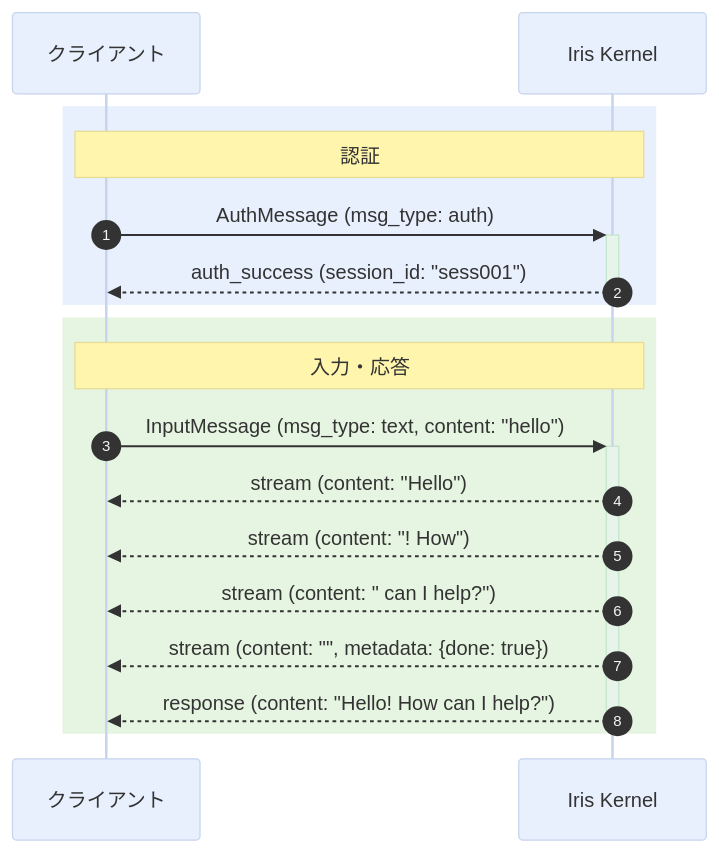
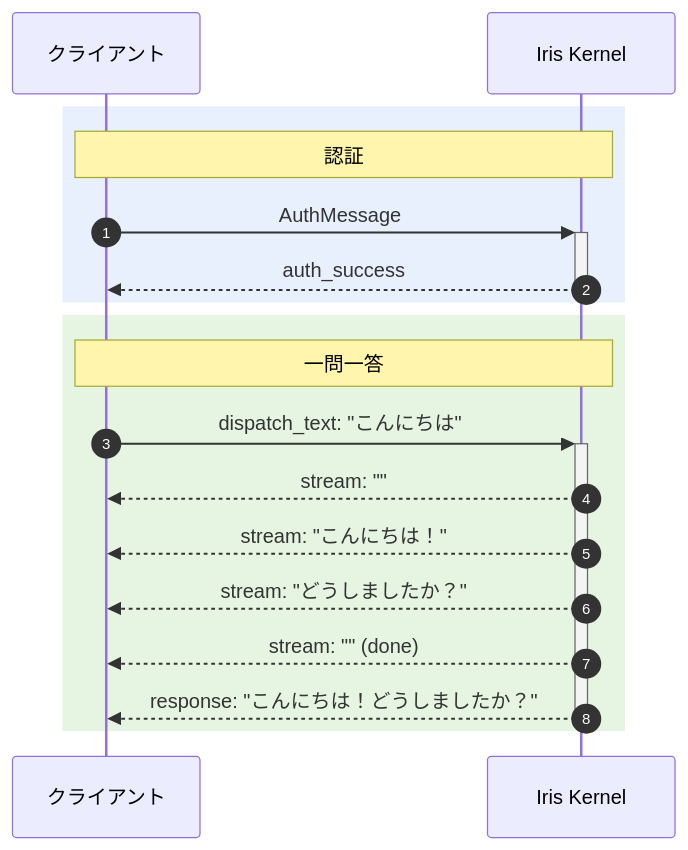
Before and after one commit to ibukani/iris-mind: the third of 5 diagrams in docs/ipc-spec.md, drawn with Mermaid. The commit also changed other lines of this file and 25 other files, not shown here.

````diff
--- a/docs/ipc-spec.md
+++ b/docs/ipc-spec.md
@@ -116,30 +96,22 @@
 ```mermaid
----
-config:
-  theme: base
-  themeVariables:
-    primaryColor: "#e8f0fe"
-    secondaryColor: "#e6f4ea"
-    tertiaryColor: "#fef7e0"
----
 sequenceDiagram
     autonumber
     participant Client as クライアント
     participant Kernel as Iris Kernel
 
     rect rgb(232, 240, 254)
         Note over Client,Kernel: 認証
-        Client->>+Kernel: AuthMessage (msg_type: auth)
-        Kernel-->>-Client: auth_success (session_id: "sess001")
+        Client->>+Kernel: AuthMessage
+        Kernel-->>-Client: auth_success
     end
 
     rect rgb(230, 245, 225)
-        Note over Client,Kernel: 入力・応答
-        Client->>+Kernel: InputMessage (msg_type: text, content: "hello")
-        Kernel-->>Client: stream (content: "Hello")
-        Kernel-->>Client: stream (content: "! How")
-        Kernel-->>Client: stream (content: " can I help?")
-        Kernel-->>Client: stream (content: "", metadata: {done: true})
-        Kernel-->>-Client: response (content: "Hello! How can I help?")
+        Note over Client,Kernel: 一問一答
+        Client->>+Kernel: dispatch_text: "こんにちは"
+        Kernel-->>Client: stream: ""
+        Kernel-->>Client: stream: "こんにちは！"
+        Kernel-->>Client: stream: "どうしましたか？"
+        Kernel-->>Client: stream: "" (done)
+        Kernel-->>-Client: response: "こんにちは！どうしましたか？"
     end
 ```
````
